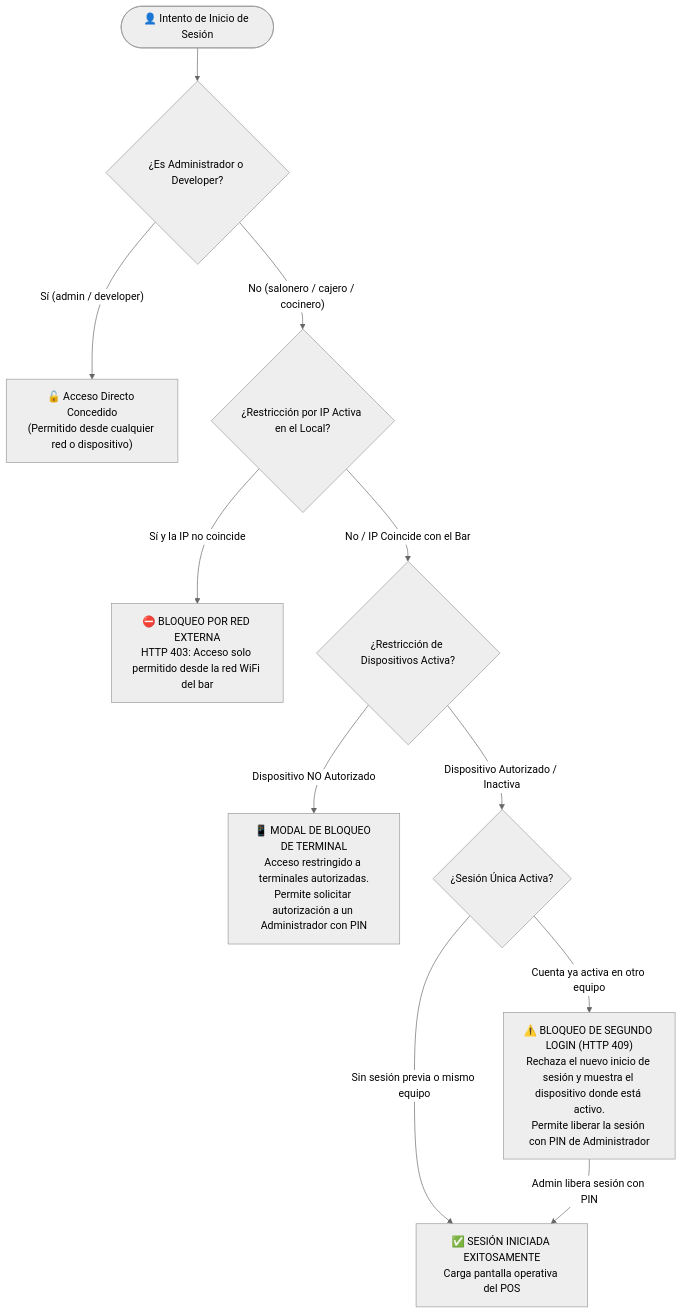
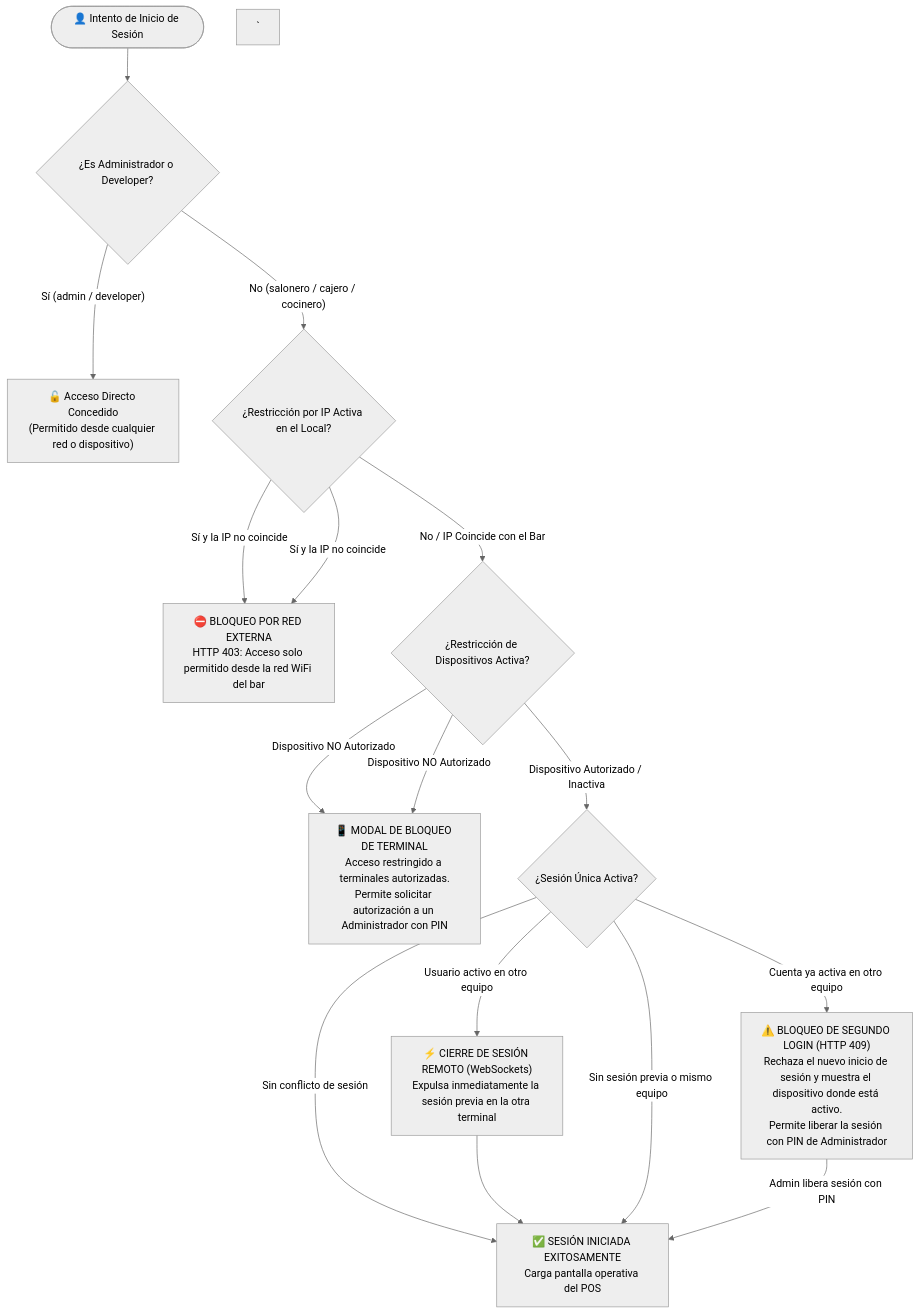
Before and after one commit to pampo32-hub/Punto-de-venta: the diagram in CRONOGRAMA_DE_SEGURIDAD.md, drawn with Mermaid (neutral theme). The commit also changed other lines of this file and 6 other files, not shown here.

Commit message:
fix(auth): corregir sintaxis en fetch login y restaurar modal de bloqueo de dispositivo no autorizado

````diff
--- a/CRONOGRAMA_DE_SEGURIDAD.md
+++ b/CRONOGRAMA_DE_SEGURIDAD.md
@@ -9,23 +10,30 @@
 ```mermaid
 flowchart TD
     Inicio(["👤 Intento de Inicio de Sesión"]) --> EvalRol{"¿Es Administrador o Developer?"}
 
     %% Rama de Exención
     EvalRol -- "Sí (admin / developer)" --> Bypass["🔓 Acceso Directo Concedido<br/>(Permitido desde cualquier red o dispositivo)"]
 
     %% Rama de Validación para Roles Operativos
     EvalRol -- "No (salonero / cajero / cocinero)" --> CheckIP{"¿Restricción por IP Activa en el Local?"}
 
     %% Capa 1: Filtro de IP
+    CheckIP -- "Sí y la IP no coincide" --> BloqueoIP["⛔ BLOQUEO POR RED EXTERNA<br/>HTTP 403: Acceso solo permitido desde la red del bar"]
     CheckIP -- "Sí y la IP no coincide" --> BloqueoIP["⛔ BLOQUEO POR RED EXTERNA<br/>HTTP 403: Acceso solo permitido desde la red WiFi del bar"]
     CheckIP -- "No / IP Coincide con el Bar" --> CheckDevice{"¿Restricción de Dispositivos Activa?"}
 
     %% Capa 2: Lista Blanca de Dispositivos
+    CheckDevice -- "Dispositivo NO Autorizado" --> BloqueoDevice["📱 MODAL DE BLOQUEO DE DISPOSITIVO<br/>Acceso restringido a terminales autorizadas.<br/>Permite solicitar autorización a un Administrador con PIN"]
     CheckDevice -- "Dispositivo NO Autorizado" --> BloqueoDevice["📱 MODAL DE BLOQUEO DE TERMINAL<br/>Acceso restringido a terminales autorizadas.<br/>Permite solicitar autorización a un Administrador con PIN"]
     CheckDevice -- "Dispositivo Autorizado / Inactiva" --> CheckSession{"¿Sesión Única Activa?"}
 
+    %% Capa 3: Sesión Única
+    CheckSession -- "Usuario activo en otro equipo" --> KillPrev["⚡ CIERRE DE SESIÓN REMOTO (WebSockets)<br/>Expulsa inmediatamente la sesión previa en la otra terminal"]
+    CheckSession -- "Sin conflicto de sesión" --> LoginOK
+    KillPrev --> LoginOK["✅ SESIÓN INICIADA EXITOSAMENTE<br/>Carga pantalla operativa del POS"]
+`
     %% Capa 3: Sesión Única (Bloqueo Concurrente)
     CheckSession -- "Cuenta ya activa en otro equipo" --> BloqueoSession["⚠️ BLOQUEO DE SEGUNDO LOGIN (HTTP 409)<br/>Rechaza el nuevo inicio de sesión y muestra el dispositivo donde está activo.<br/>Permite liberar la sesión con PIN de Administrador"]
     CheckSession -- "Sin sesión previa o mismo equipo" --> LoginOK["✅ SESIÓN INICIADA EXITOSAMENTE<br/>Carga pantalla operativa del POS"]
     BloqueoSession -- "Admin libera sesión con PIN" --> LoginOK
 ```
````
